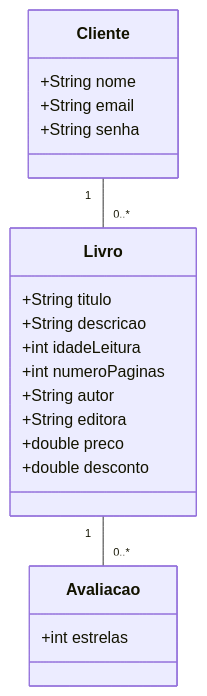
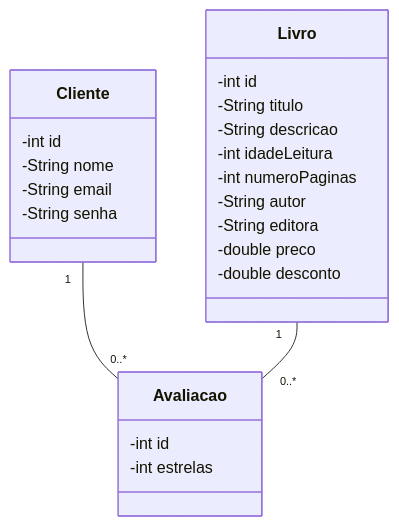
Before and after one commit to Gabriel-Farias-06/api-rest: the diagram in README.md, drawn with Mermaid.

````diff
--- a/README.md
+++ b/README.md
@@ -2,26 +2,30 @@
 ```mermaid
 classDiagram
     class Cliente {
-        +String nome
-        +String email
-        +String senha
+        -int id
+        -String nome
+        -String email
+        -String senha
     }
 
     class Livro {
-        +String titulo
-        +String descricao
-        +int idadeLeitura
-        +int numeroPaginas
-        +String autor
-        +String editora
-        +double preco
-        +double desconto
+        -int id
+        -String titulo
+        -String descricao
+        -int idadeLeitura
+        -int numeroPaginas
+        -String autor
+        -String editora
+        -double preco
+        -double desconto
     }
 
     class Avaliacao {
-        +int estrelas
+        -int id
+        -int estrelas
     }
 
-    Cliente "1" -- "0..*" Livro
+    Cliente "1" -- "0..*" Avaliacao
     Livro "1" -- "0..*" Avaliacao
+
 ```
````
